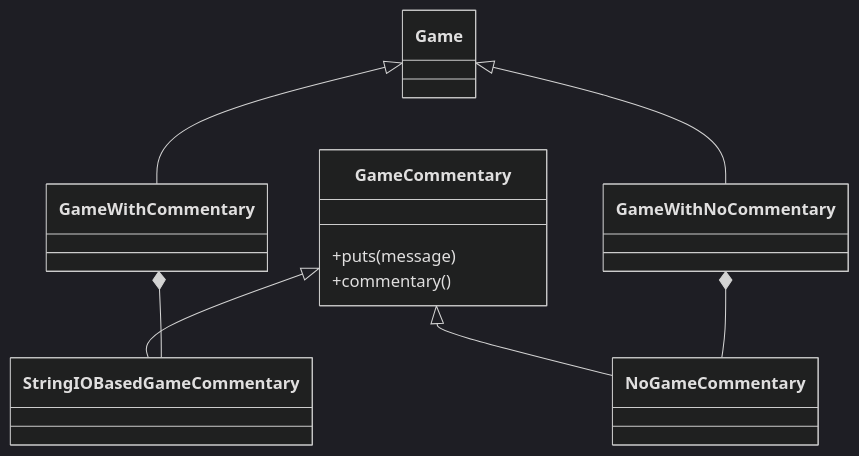
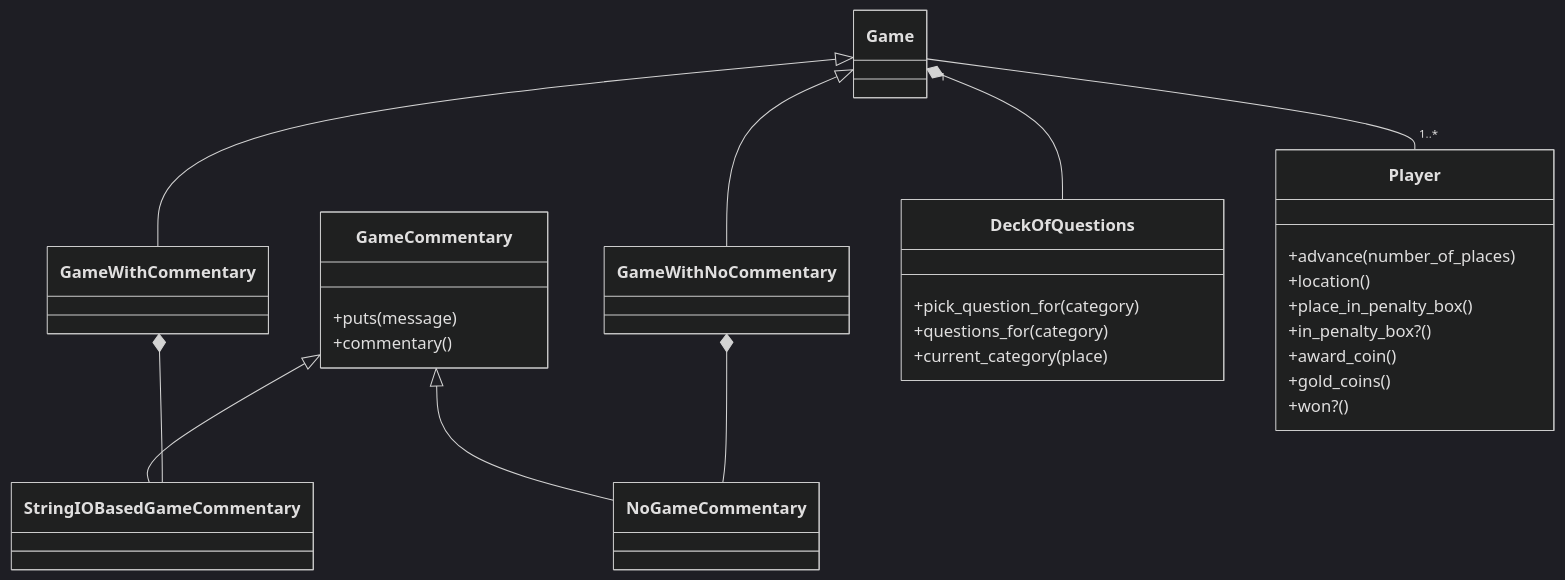
The diagram in ruby/design/current_design.md (hemalvarambhia/trivia), drawn with Mermaid (dark theme) before and after one commit.

Commit message:
Added more detail to the diagram.

````diff
--- a/ruby/design/current_design.md
+++ b/ruby/design/current_design.md
@@ -3,20 +3,39 @@
 ```mermaid
 classDiagram
     Game <|-- GameWithCommentary
     Game <|-- GameWithNoCommentary
 
     class GameCommentary {
         +puts(message)
         +commentary()
     }
     class StringIOBasedGameCommentary {
         
     }
     class NoGameCommentary {
 
     }
+
+    class DeckOfQuestions {
+        +pick_question_for(category)
+        +questions_for(category)
+        +current_category(place)
+    }
+
+
+    class Player {
+        +advance(number_of_places)
+        +location()
+        +place_in_penalty_box()
+        +in_penalty_box?()
+        +award_coin()
+        +gold_coins()
+        +won?()
+    }
+Game *-- DeckOfQuestions
+Game "1" -- "1..*" Player
 GameCommentary <|-- StringIOBasedGameCommentary
 GameCommentary <|-- NoGameCommentary    
 GameWithCommentary *-- StringIOBasedGameCommentary  
 GameWithNoCommentary *-- NoGameCommentary
 ```
````
